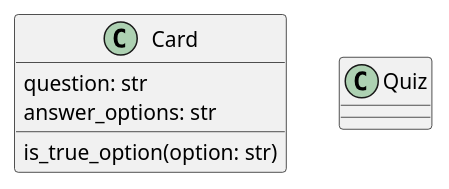
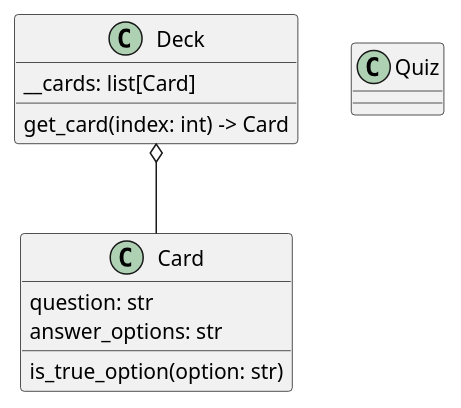
Before and after one commit to ScionOfHeavens/FOUNDER_TASKS: the diagram in SchemeUML.md, drawn with PlantUML. The commit also changed 1 other file, not shown here.

Commit message:
class Deck to store cards with question and answeres added

```diff
--- a/SchemeUML.md
+++ b/SchemeUML.md
@@ -1,11 +1,19 @@
 @startuml
 class Card{
     question: str
     answer_options: str
     is_true_option(option: str)
 }
 
+class Deck{
+    __cards: list[Card]
+    get_card(index: int) -> Card
+}
+
 class Quiz{
     
 }
+
+Deck o-- Card
+
 @enduml
```
